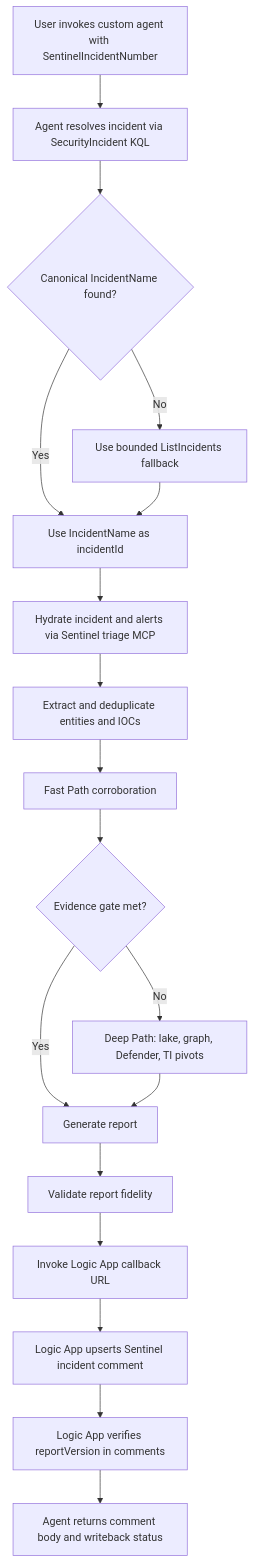
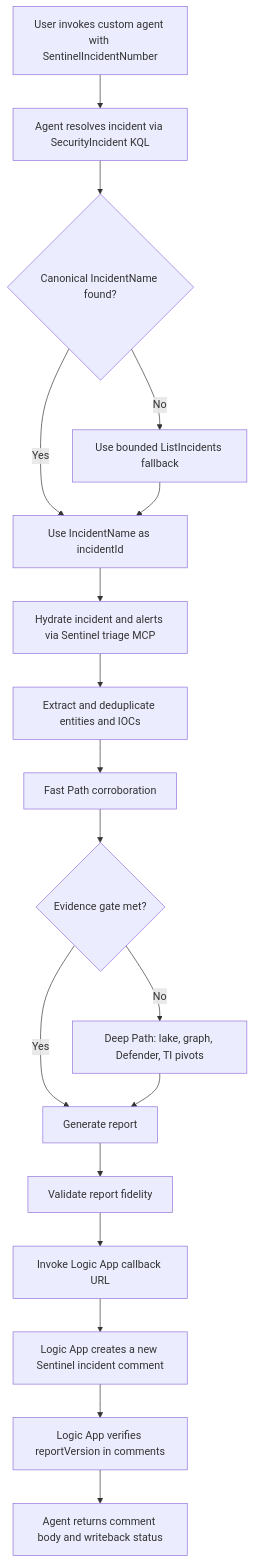
One commit to Abhishek-Sharan/microsoft-security-operations-toolkit changed the first of 2 diagrams in AI Security/Custom Agents/Sentinel SOC Triage Autopilot/read.md. Above: the diagram before and after it, drawn with Mermaid. The commit also changed other lines of this file and 2 other files, not shown here.

Commit message:
Update Sentinel Logic App to append comments

````diff
--- a/AI Security/Custom Agents/Sentinel SOC Triage Autopilot/read.md
+++ b/AI Security/Custom Agents/Sentinel SOC Triage Autopilot/read.md
@@ -41,20 +41,20 @@
 ```mermaid
 flowchart TD
     A[User invokes custom agent with SentinelIncidentNumber] --> B[Agent resolves incident via SecurityIncident KQL]
     B --> C{Canonical IncidentName found?}
     C -- Yes --> D[Use IncidentName as incidentId]
     C -- No --> E[Use bounded ListIncidents fallback]
     E --> D
     D --> F[Hydrate incident and alerts via Sentinel triage MCP]
     F --> G[Extract and deduplicate entities and IOCs]
     G --> H[Fast Path corroboration]
     H --> I{Evidence gate met?}
     I -- Yes --> L[Generate report]
     I -- No --> J[Deep Path: lake, graph, Defender, TI pivots]
     J --> L
     L --> M[Validate report fidelity]
     M --> N[Invoke Logic App callback URL]
-    N --> O[Logic App upserts Sentinel incident comment]
+    N --> O[Logic App creates a new Sentinel incident comment]
     O --> P[Logic App verifies reportVersion in comments]
     P --> Q[Agent returns comment body and writeback status]
 ```
````
